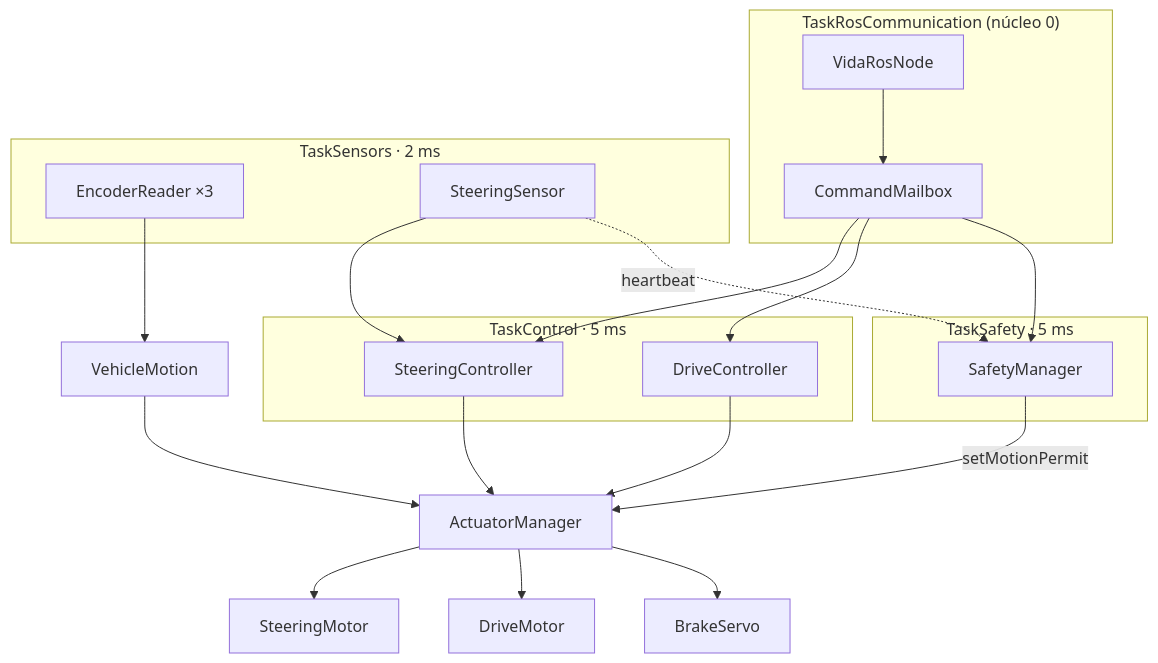
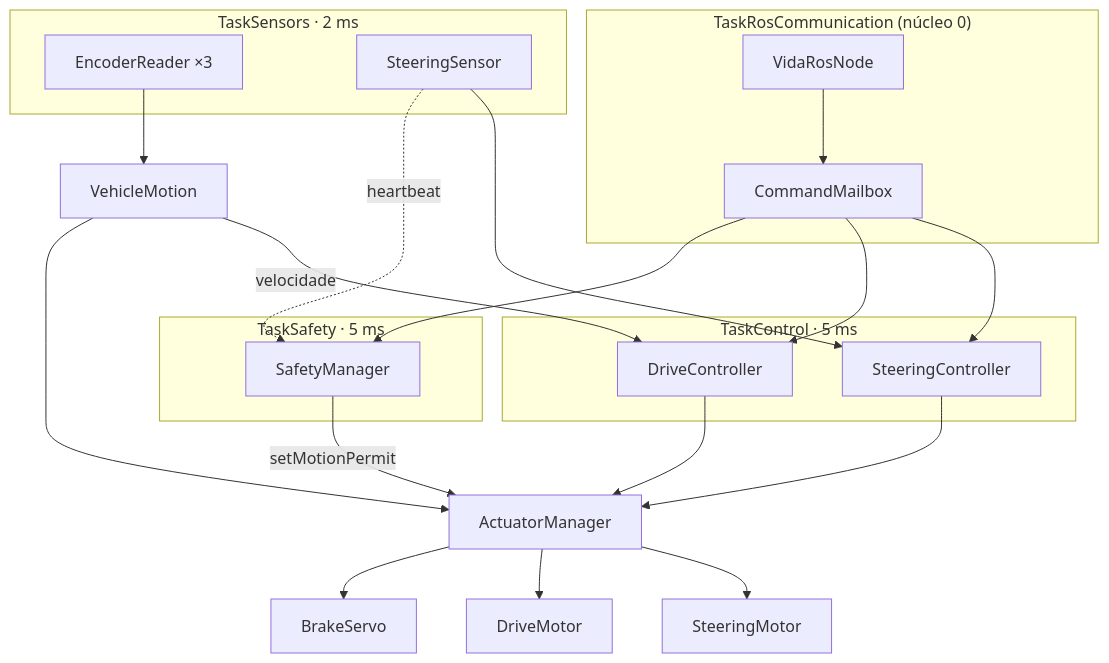
One commit to projeto-VIDA-UFLA/projeto-vida-firmware-esp32 changed the second of 2 diagrams in doc/README.md. Above: the diagram before and after it, drawn with Mermaid. The commit also changed other lines of this file and 12 other files, not shown here.

````diff
--- a/doc/README.md
+++ b/doc/README.md
@@ -45,26 +45,27 @@
 ```mermaid
 flowchart TB
     subgraph ROS["TaskRosCommunication (núcleo 0)"]
         VRN[VidaRosNode] --> CM[CommandMailbox]
     end
     subgraph SENS["TaskSensors · 2 ms"]
         ENC["EncoderReader ×3"]
         SS[SteeringSensor]
     end
     subgraph CTRL["TaskControl · 5 ms"]
         SC[SteeringController]
         DC[DriveController]
     end
     subgraph SAF["TaskSafety · 5 ms"]
         SM[SafetyManager]
     end
     ENC --> VM[VehicleMotion]
+    VM -- velocidade --> DC
     CM --> SC & DC & SM
     SS --> SC
     SS -. heartbeat .-> SM
     SC --> AM[ActuatorManager]
     DC --> AM
     VM --> AM
     SM -- setMotionPermit --> AM
     AM --> STM[SteeringMotor] & DM[DriveMotor] & BS[BrakeServo]
 ```
````
